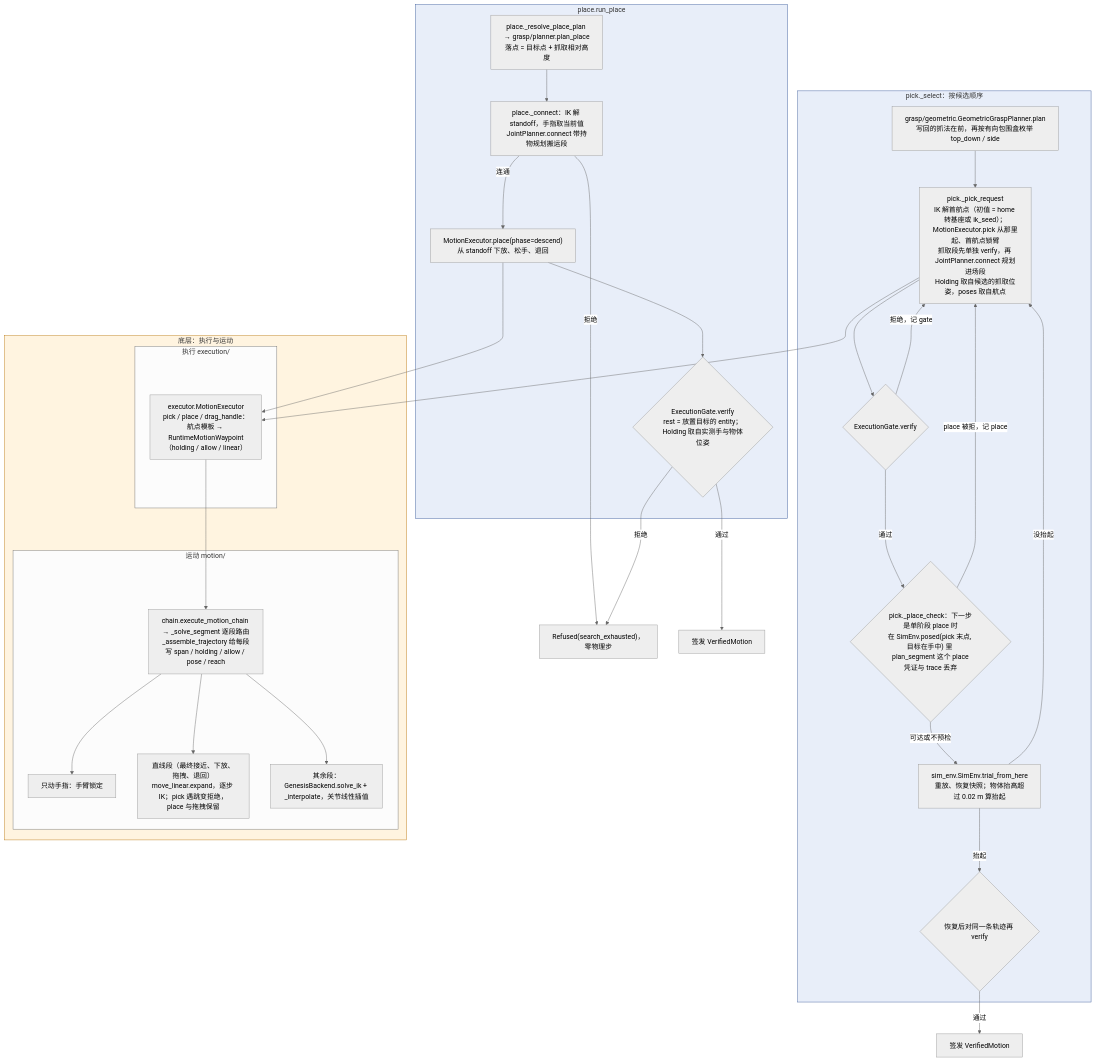
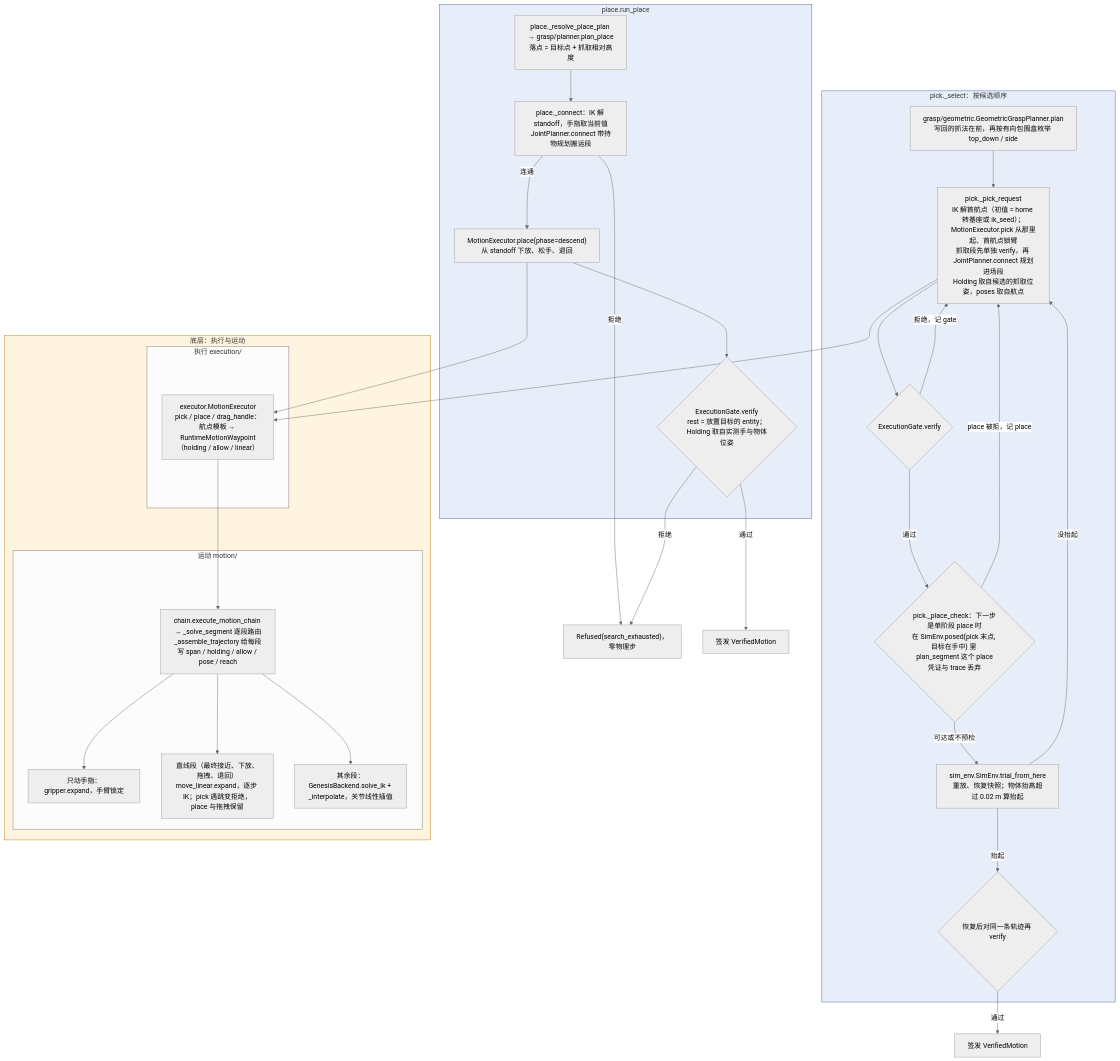
One commit to ZJLi2013/RoboSmith changed the second of 2 diagrams in docs/call-chain.md. Above: the diagram before and after it, drawn with Mermaid (neutral theme). The commit also changed other lines of this file and 5 other files, not shown here.

````diff
--- a/docs/call-chain.md
+++ b/docs/call-chain.md
@@ -73,49 +73,49 @@
 ```mermaid
 flowchart TD
     subgraph PK["pick._select：按候选顺序"]
         GEO["grasp/geometric.GeometricGraspPlanner.plan<br/>写回的抓法在前，再按有向包围盒枚举 top_down / side"]
         PM["pick._pick_request<br/>IK 解首航点（初值 = home 转基座或 ik_seed）；MotionExecutor.pick 从那里起、首航点锁臂<br/>抓取段先单独 verify，再 JointPlanner.connect 规划进场段<br/>Holding 取自候选的抓取位姿，poses 取自航点"]
         V1{"ExecutionGate.verify"}
         PRE{"pick._place_check：下一步是单阶段 place 时<br/>在 SimEnv.posed(pick 末点, 目标在手中) 里 plan_segment 这个 place<br/>凭证与 trace 丢弃"}
         TR["sim_env.SimEnv.trial_from_here<br/>重放、恢复快照；物体抬高超过 0.02 m 算抬起"]
         V2{"恢复后对同一条轨迹再 verify"}
     end
 
     subgraph PL["place.run_place"]
         PP["place._resolve_place_plan → grasp/planner.plan_place<br/>落点 = 目标点 + 抓取相对高度"]
         PC["place._connect：IK 解 standoff，手指取当前值<br/>JointPlanner.connect 带持物规划搬运段"]
         PX["MotionExecutor.place(phase=descend)<br/>从 standoff 下放、松手、退回"]
         V3{"ExecutionGate.verify<br/>rest = 放置目标的 entity；Holding 取自实测手与物体位姿"}
     end
 
     subgraph LOW["底层：执行与运动"]
         subgraph EX["执行 execution/"]
             EXE["executor.MotionExecutor<br/>pick / place / drag_handle：航点模板 → RuntimeMotionWaypoint（holding / allow / linear）"]
         end
         subgraph MO["运动 motion/"]
             CH["chain.execute_motion_chain → _solve_segment 逐段路由<br/>_assemble_trajectory 给每段写 span / holding / allow / pose / reach"]
-            F["只动手指：手臂锁定"]
+            F["只动手指：gripper.expand，手臂锁定"]
             C["直线段（最终接近、下放、拖拽、退回）<br/>move_linear.expand，逐步 IK；pick 遇跳变拒绝，place 与拖拽保留"]
             G["其余段：GenesisBackend.solve_ik + _interpolate，关节线性插值"]
         end
     end
 
     GEO --> PM --> V1
     V1 -- 拒绝，记 gate --> PM
     V1 -- 通过 --> PRE
     PRE -- place 被拒，记 place --> PM
     PRE -- 可达或不预检 --> TR
     TR -- 没抬起 --> PM
     TR -- 抬起 --> V2
     V2 -- 通过 --> OKP["签发 VerifiedMotion"]
     PP --> PC
     PC -- 拒绝 --> RF["Refused(search_exhausted)，零物理步"]
     PC -- 连通 --> PX --> V3
     V3 -- 拒绝 --> RF
     V3 -- 通过 --> OKL["签发 VerifiedMotion"]
     PM & PX --> EXE --> CH --> F & C & G
 
     style PK fill:#e8eef9,stroke:#3b5b9a
     style PL fill:#e8eef9,stroke:#3b5b9a
     style LOW fill:#fff4e0,stroke:#b9770e
 ```
````
